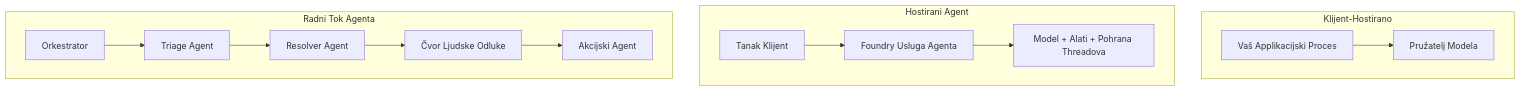
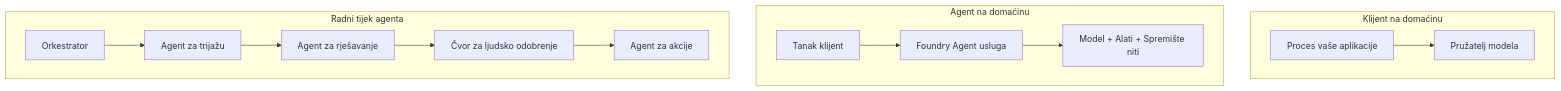
Before and after one commit to microsoft/ai-agents-for-beginners: the first of 4 diagrams in translations/hr/16-deploying-scalable-agents/README.md, drawn with Mermaid. The commit also changed other lines of this file and 47 other files, not shown here.

````diff
--- a/translations/hr/16-deploying-scalable-agents/README.md
+++ b/translations/hr/16-deploying-scalable-agents/README.md
@@ -87,16 +87,16 @@
 ```mermaid
 flowchart TB
-    subgraph P1[Klijent-Hostirano]
-        A1[Vaš Applikacijski Proces] --> M1[Pružatelj Modela]
+    subgraph P1[Klijent na domaćinu]
+        A1[Proces vaše aplikacije] --> M1[Pružatelj modela]
     end
-    subgraph P2[Hostirani Agent]
-        A2[Tanak Klijent] --> F2[Foundry Usluga Agenta]
-        F2 --> M2[Model + Alati + Pohrana Threadova]
+    subgraph P2[Agent na domaćinu]
+        A2[Tanak klijent] --> F2[Foundry Agent usluga]
+        F2 --> M2[Model + Alati + Spremište niti]
     end
-    subgraph P3[Radni Tok Agenta]
-        A3[Orkestrator] --> S1[Triage Agent]
-        S1 --> S2[Resolver Agent]
-        S2 --> H[Čvor Ljudske Odluke]
-        H --> S3[Akcijski Agent]
+    subgraph P3[Radni tijek agenta]
+        A3[Orkestrator] --> S1[Agent za trijažu]
+        S1 --> S2[Agent za rješavanje]
+        S2 --> H[Čvor za ljudsko odobrenje]
+        H --> S3[Agent za akcije]
     end
 ```
````
